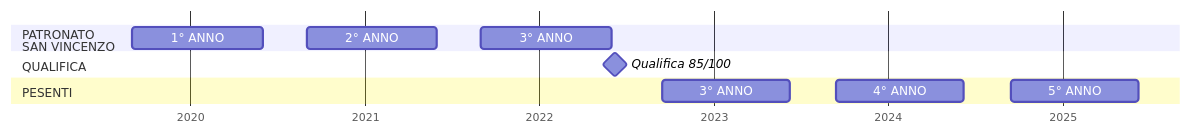
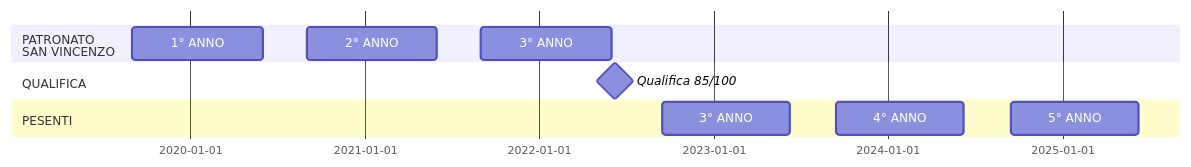
Before and after one commit to Laaouatni/PTCO-esame-MERMAID: the diagram in PTCO.md, drawn with Mermaid.

````diff
--- a/PTCO.md
+++ b/PTCO.md
@@ -1,22 +1,21 @@
 ```mermaid
 ---
 displayMode: compact
 ---
-%%{init: { 'gantt': {'leftPadding': 110}} }%%
+%%{init: { 'gantt': {'leftPadding': 110, 'barHeight': 30}} }%%
 gantt
     dateFormat  DD-MM-YYYY
-    axisFormat  %Y
 
     section PATRONATO<BR>SAN VINCENZO
         1° ANNO: 01-09-2019,31-05-2020
         2° ANNO: 01-09-2020,31-05-2021
         3° ANNO: 01-09-2021,31-05-2022
 
     section QUALIFICA
         Qualifica 85/100 :milestone, 15-06-2022
 
     section PESENTI
         3° ANNO: 14-09-2022,08-06-2023
         4° ANNO: 14-09-2023,08-06-2024
         5° ANNO: 14-09-2024,08-06-2025
 ```
````
